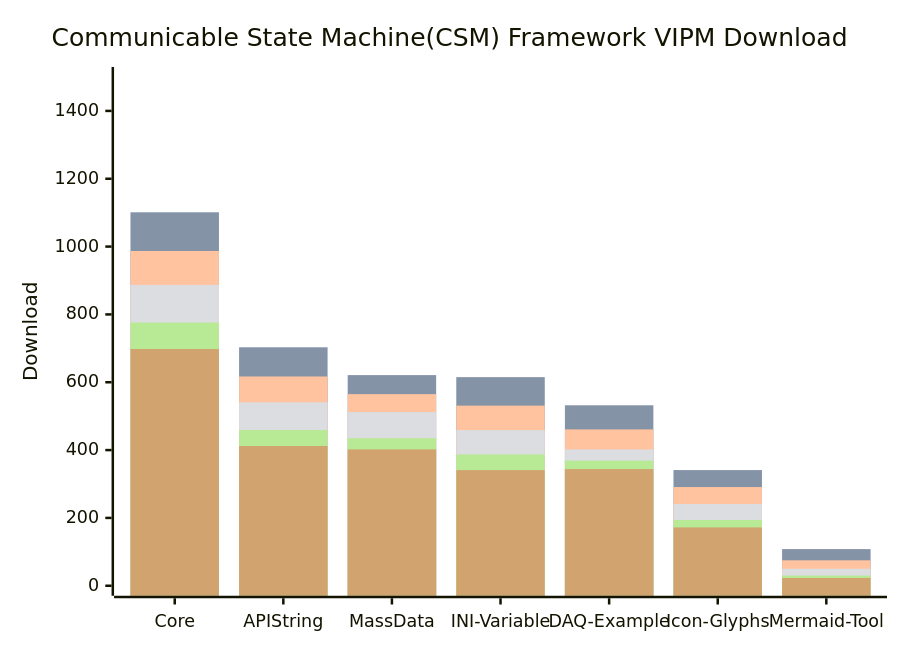
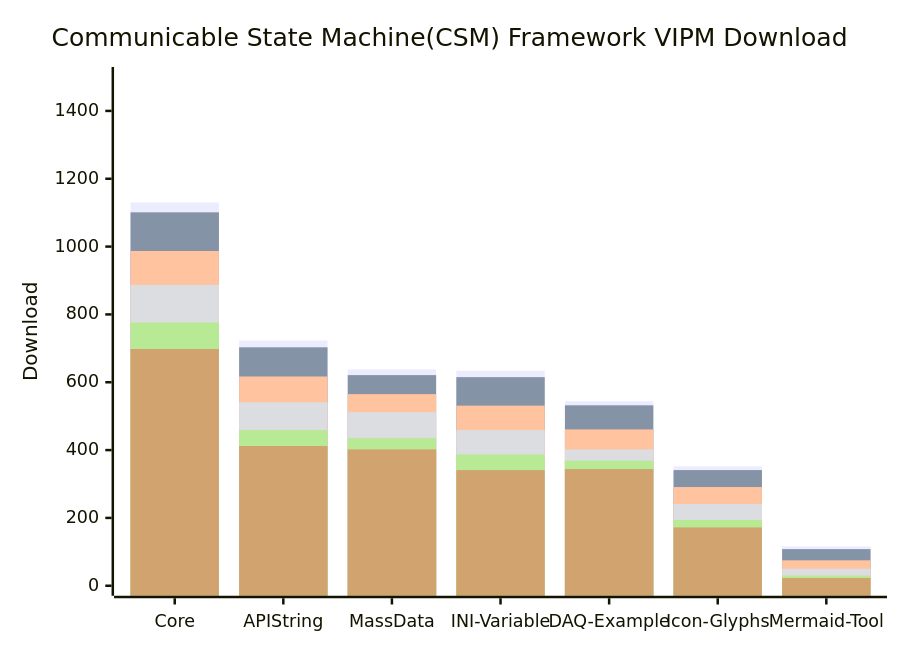
The diagram in profile/README.md (NEVSTOP-LAB/.github), drawn with Mermaid before and after one commit.

````diff
--- a/profile/README.md
+++ b/profile/README.md
@@ -31,12 +31,12 @@
 ```mermaid
     xychart-beta
     title "Communicable State Machine(CSM) Framework VIPM Download"
     x-axis [Core, API String, MassData, INI-Variable, DAQ-Example, Icon-Glyphs, Mermaid-Tool]
     y-axis "Download" 0 --> 1500
-    bar   [1101, 703, 621, 615, 532, 341, 108]
+    bar   [1130, 723, 638, 634, 544, 352, 116]
     bar   [1101, 703, 621, 615, 532, 341, 108]
     bar   [987, 617, 565, 531, 461, 291, 75]
     bar   [887, 541, 512, 459, 402, 241, 50]
     bar   [776, 459, 435, 387, 369, 194, 30]
     bar   [698, 412, 402, 341, 344, 172, 23]
 ```
````
